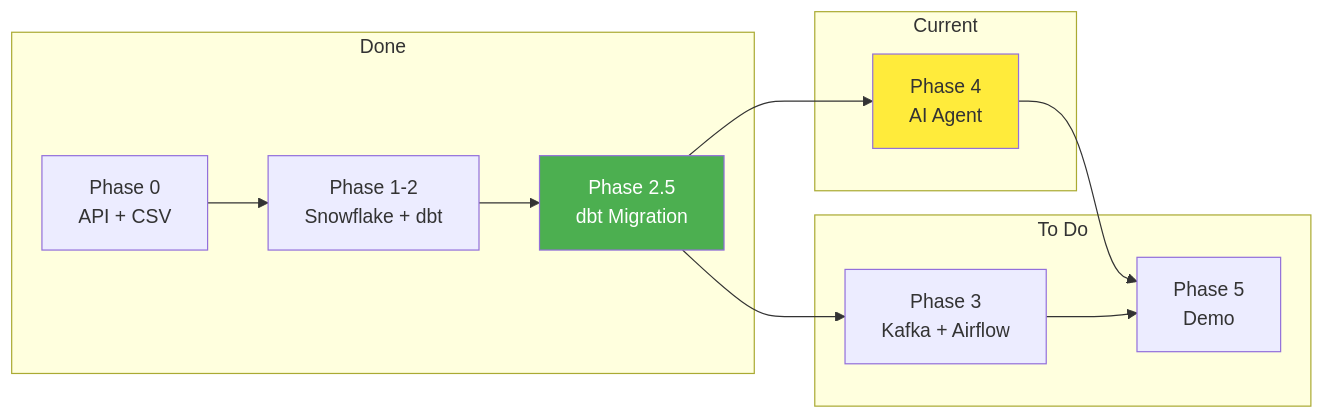
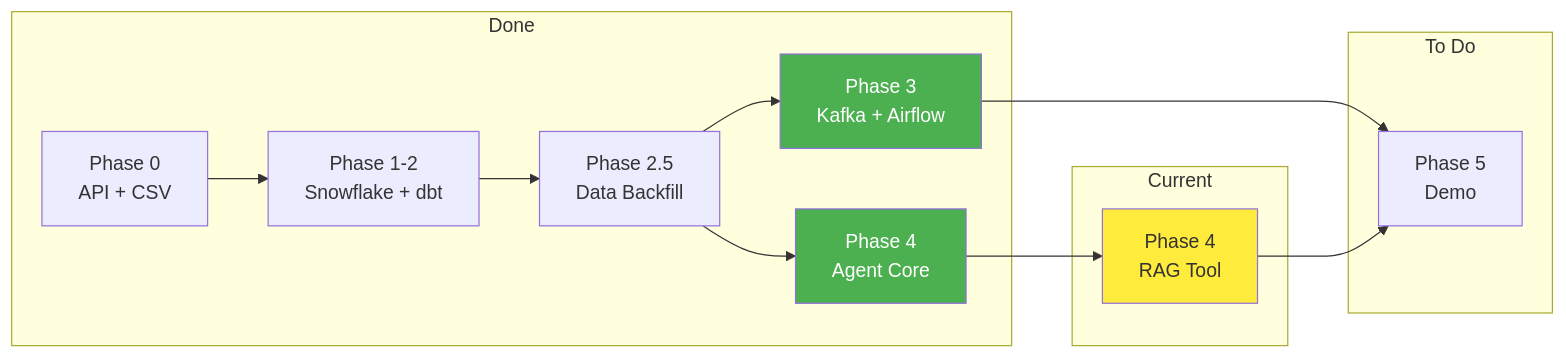
One commit to ThaiLe1220/fa-c002-lab-eu changed the diagram in docs/PROJECT_PLAN.md. Above: the diagram before and after it, drawn with Mermaid. The commit also changed other lines of this file and 3 other files, not shown here.

````diff
--- a/docs/PROJECT_PLAN.md
+++ b/docs/PROJECT_PLAN.md
@@ -5,25 +5,26 @@
 ```mermaid
 graph LR
     subgraph "Done"
         P0[Phase 0<br/>API + CSV]
         P1[Phase 1-2<br/>Snowflake + dbt]
-        P25[Phase 2.5<br/>dbt Migration]
+        P25[Phase 2.5<br/>Data Backfill]
+        P3[Phase 3<br/>Kafka + Airflow]
+        P4A[Phase 4<br/>Agent Core]
     end
 
     subgraph "Current"
-        P4[Phase 4<br/>AI Agent]
+        P4B[Phase 4<br/>RAG Tool]
     end
 
     subgraph "To Do"
-        P3[Phase 3<br/>Kafka + Airflow]
         P5[Phase 5<br/>Demo]
     end
 
-    P0 --> P1 --> P25 --> P4
-    P25 --> P3
-    P4 --> P5
-    P3 --> P5
+    P0 --> P1 --> P25 --> P4A
+    P25 --> P3 --> P5
+    P4A --> P4B --> P5
 
-    style P4 fill:#ffeb3b
-    style P25 fill:#4caf50,color:#fff
+    style P4B fill:#ffeb3b
+    style P3 fill:#4caf50,color:#fff
+    style P4A fill:#4caf50,color:#fff
 ```
````
